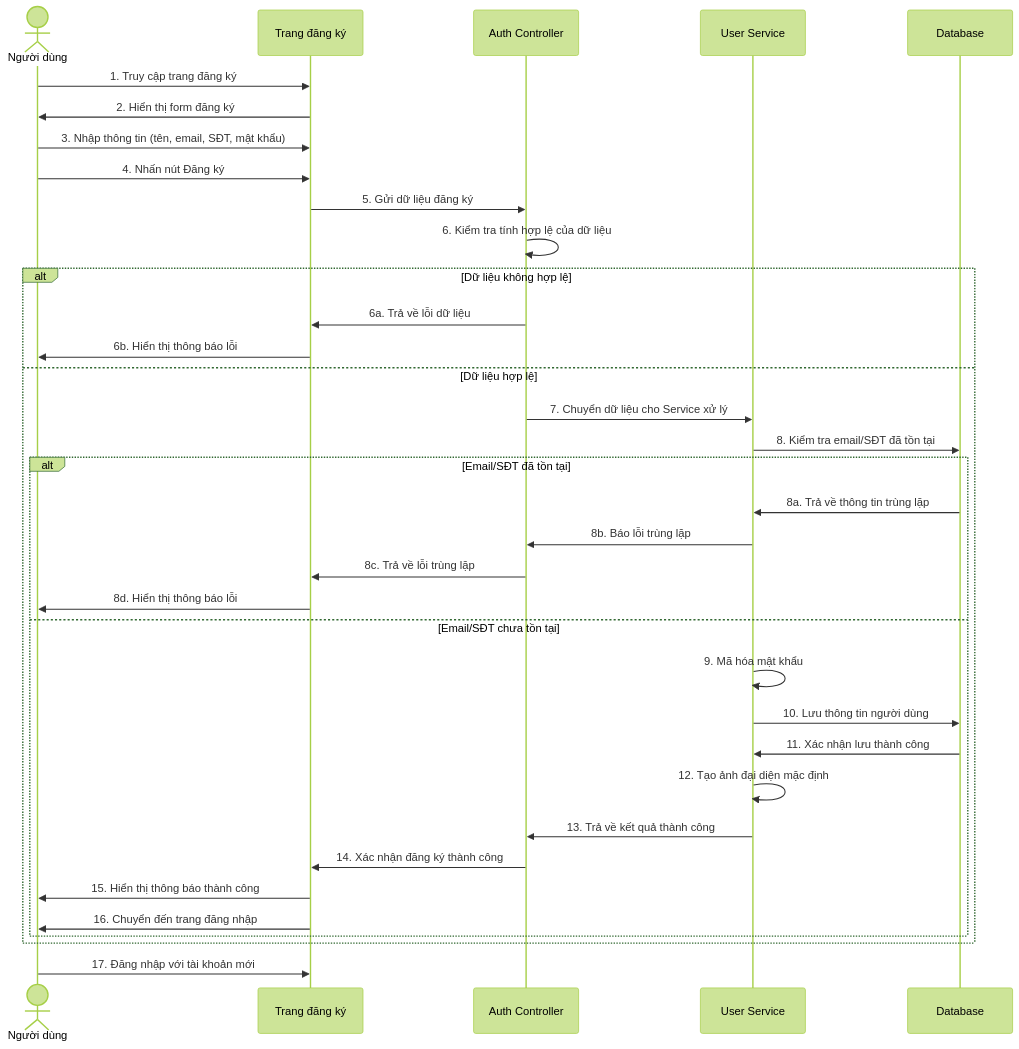
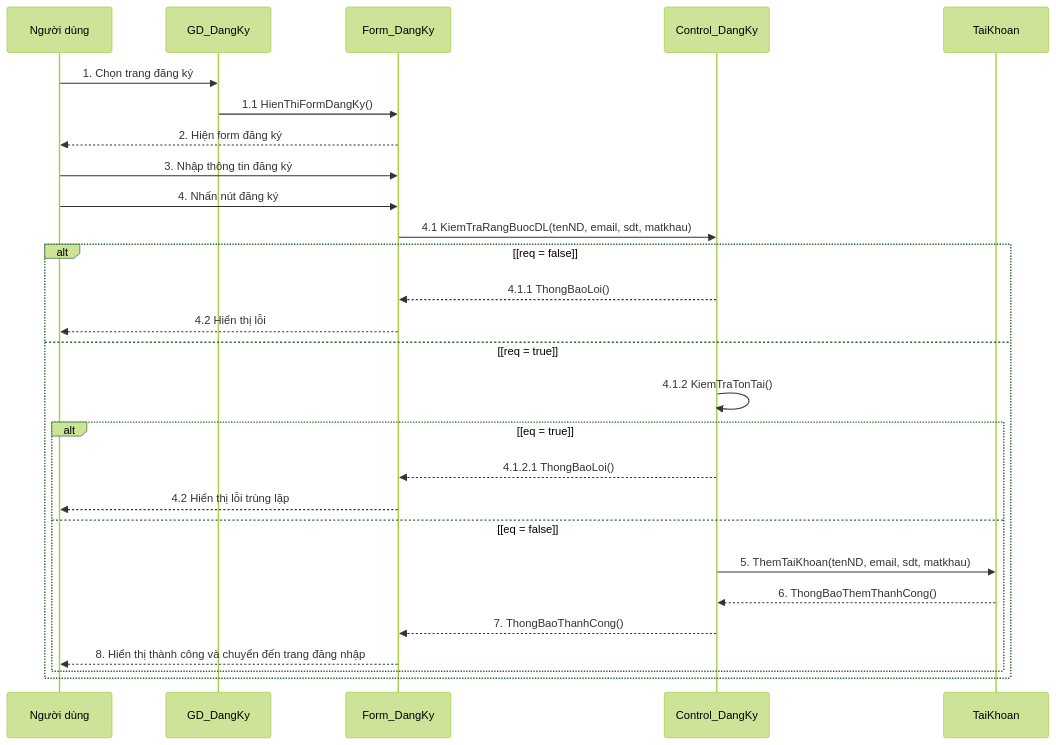
One commit to GiaHuyyy/21032471_ToVuGiaHuy_Tuan7 changed the diagram in README.md. Above: the diagram before and after it, drawn with Mermaid (forest theme).

````diff
--- a/README.md
+++ b/README.md
@@ -1,41 +1,32 @@
 ```mermaid
 sequenceDiagram
-    actor User as Người dùng
-    participant RegForm as Trang đăng ký
-    participant Controller as Auth Controller
-    participant Service as User Service
-    participant DB as Database
+    participant ND as Người dùng
+    participant GD_DangKy as GD_DangKy
+    participant Form_DangKy as Form_DangKy
+    participant Control_DangKy as Control_DangKy
+    participant TaiKhoan as TaiKhoan
     
-    User->>RegForm: 1. Truy cập trang đăng ký
-    RegForm->>User: 2. Hiển thị form đăng ký
-    User->>RegForm: 3. Nhập thông tin (tên, email, SĐT, mật khẩu)
-    User->>RegForm: 4. Nhấn nút Đăng ký
-    RegForm->>Controller: 5. Gửi dữ liệu đăng ký
-    Controller->>Controller: 6. Kiểm tra tính hợp lệ của dữ liệu
+    ND->>GD_DangKy: 1. Chọn trang đăng ký
+    GD_DangKy->>Form_DangKy: 1.1 HienThiFormDangKy()
+    Form_DangKy-->>ND: 2. Hiện form đăng ký
+    ND->>Form_DangKy: 3. Nhập thông tin đăng ký
+    ND->>Form_DangKy: 4. Nhấn nút đăng ký
+    Form_DangKy->>Control_DangKy: 4.1 KiemTraRangBuocDL(tenND, email, sdt, matkhau)
     
-    alt Dữ liệu không hợp lệ
-        Controller->>RegForm: 6a. Trả về lỗi dữ liệu
-        RegForm->>User: 6b. Hiển thị thông báo lỗi
-    else Dữ liệu hợp lệ
-        Controller->>Service: 7. Chuyển dữ liệu cho Service xử lý
-        Service->>DB: 8. Kiểm tra email/SĐT đã tồn tại
+    alt [req = false]
+        Control_DangKy-->>Form_DangKy: 4.1.1 ThongBaoLoi()
+        Form_DangKy-->>ND: 4.2 Hiển thị lỗi
+    else [req = true]
+        Control_DangKy->>Control_DangKy: 4.1.2 KiemTraTonTai()
         
-        alt Email/SĐT đã tồn tại
-            DB->>Service: 8a. Trả về thông tin trùng lặp
-            Service->>Controller: 8b. Báo lỗi trùng lặp
-            Controller->>RegForm: 8c. Trả về lỗi trùng lặp
-            RegForm->>User: 8d. Hiển thị thông báo lỗi
-        else Email/SĐT chưa tồn tại
-            Service->>Service: 9. Mã hóa mật khẩu
-            Service->>DB: 10. Lưu thông tin người dùng
-            DB->>Service: 11. Xác nhận lưu thành công
-            Service->>Service: 12. Tạo ảnh đại diện mặc định
-            Service->>Controller: 13. Trả về kết quả thành công
-            Controller->>RegForm: 14. Xác nhận đăng ký thành công
-            RegForm->>User: 15. Hiển thị thông báo thành công
-            RegForm->>User: 16. Chuyển đến trang đăng nhập
+        alt [eq = true]
+            Control_DangKy-->>Form_DangKy: 4.1.2.1 ThongBaoLoi()
+            Form_DangKy-->>ND: 4.2 Hiển thị lỗi trùng lặp
+        else [eq = false]
+            Control_DangKy->>TaiKhoan: 5. ThemTaiKhoan(tenND, email, sdt, matkhau)
+            TaiKhoan-->>Control_DangKy: 6. ThongBaoThemThanhCong()
+            Control_DangKy-->>Form_DangKy: 7. ThongBaoThanhCong()
+            Form_DangKy-->>ND: 8. Hiển thị thành công và chuyển đến trang đăng nhập
         end
     end
-    
-    User->>RegForm: 17. Đăng nhập với tài khoản mới
 ```
````
